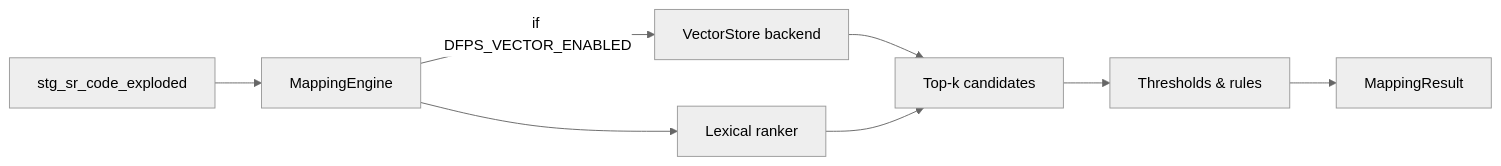
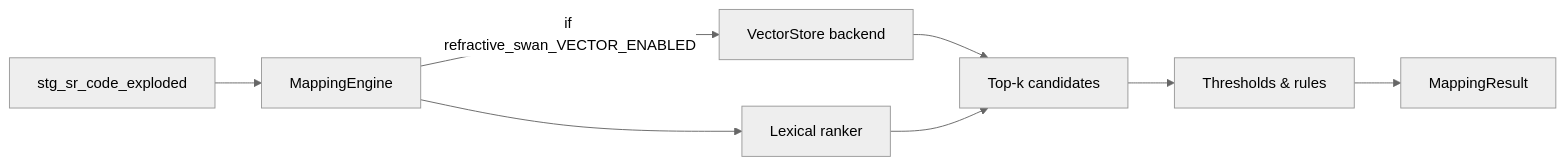
The diagram in docs/kanban/feature/mvp/020-ontology-mapping/013-mapping-vector-backend.md (RefractiveSwan/monobase), drawn with Mermaid (neutral theme) before and after one commit. The commit also changed other lines of this file and 337 other files, not shown here.

Commit message:
Changed everything to reflect current architecture

````diff
--- a/docs/kanban/feature/mvp/020-ontology-mapping/013-mapping-vector-backend.md
+++ b/docs/kanban/feature/mvp/020-ontology-mapping/013-mapping-vector-backend.md
@@ -14,10 +14,10 @@
 ```mermaid
 flowchart LR
   Stg[stg_sr_code_exploded] --> ME[MappingEngine]
   ME --> Lex[Lexical ranker]
-  ME -->|if DFPS_VECTOR_ENABLED| Vec[VectorStore backend]
+  ME -->|if refractive_swan_VECTOR_ENABLED| Vec[VectorStore backend]
   Vec --> Cand[Top‑k candidates]
   Lex --> Cand
   Cand --> Thresh[Thresholds & rules]
   Thresh --> Out[MappingResult]
 ```
````
